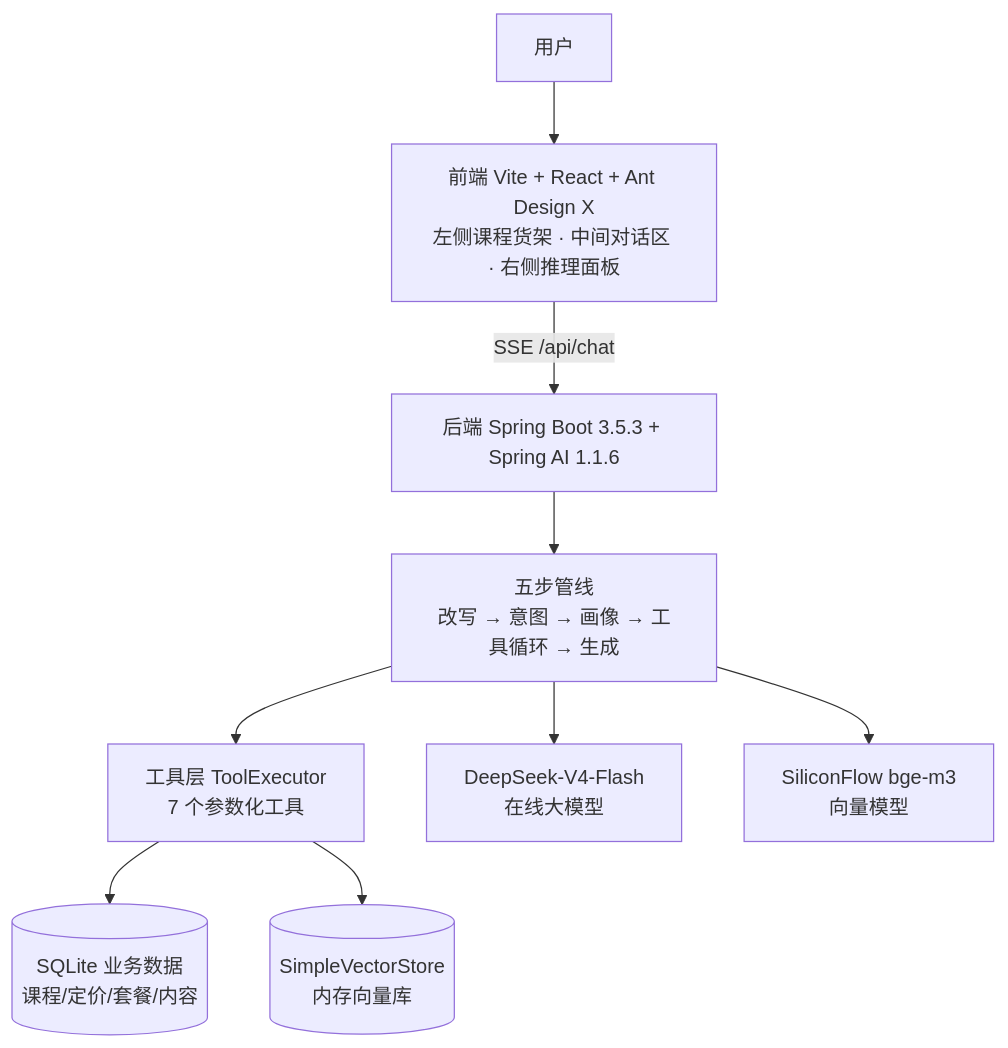
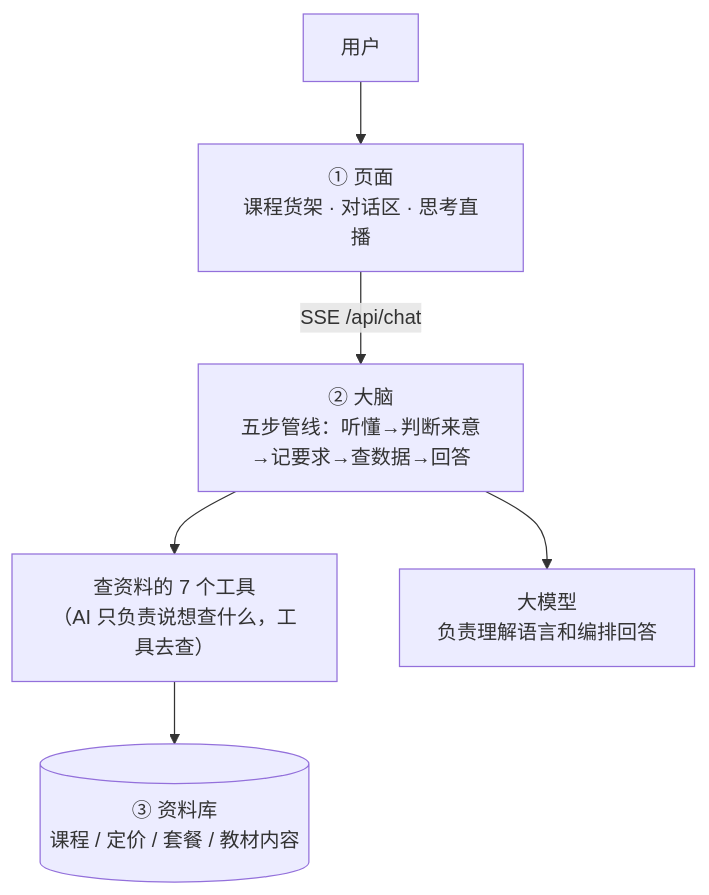
The first of 3 diagrams in README.md (GodShelvis/agent-demo), drawn with Mermaid before and after one commit. The commit also changed other lines of this file, not shown here.

````diff
--- a/README.md
+++ b/README.md
@@ -30,11 +55,8 @@
 ```mermaid
 flowchart TB
-    U["用户"] --> FE["前端 Vite + React + Ant Design X<br/>左侧课程货架 · 中间对话区 · 右侧推理面板"]
-    FE -->|"SSE /api/chat"| BE["后端 Spring Boot 3.5.3 + Spring AI 1.1.6"]
-    BE --> PL["五步管线<br/>改写 → 意图 → 画像 → 工具循环 → 生成"]
-    PL --> TOOLS["工具层 ToolExecutor<br/>7 个参数化工具"]
-    TOOLS --> DB[("SQLite 业务数据<br/>课程/定价/套餐/内容")]
-    TOOLS --> VS[("SimpleVectorStore<br/>内存向量库")]
-    PL --> LLM["DeepSeek-V4-Flash<br/>在线大模型"]
-    PL --> EMB["SiliconFlow bge-m3<br/>向量模型"]
+    U["用户"] --> FE["① 页面<br/>课程货架 · 对话区 · 思考直播"]
+    FE -->|"SSE /api/chat"| BE["② 大脑<br/>五步管线：听懂→判断来意→记要求→查数据→回答"]
+    BE --> TOOLS["查资料的 7 个工具<br/>（AI 只负责说想查什么，工具去查）"]
+    TOOLS --> DB[("③ 资料库<br/>课程 / 定价 / 套餐 / 教材内容")]
+    BE --> LLM["大模型<br/>负责理解语言和编排回答"]
 ```
````
